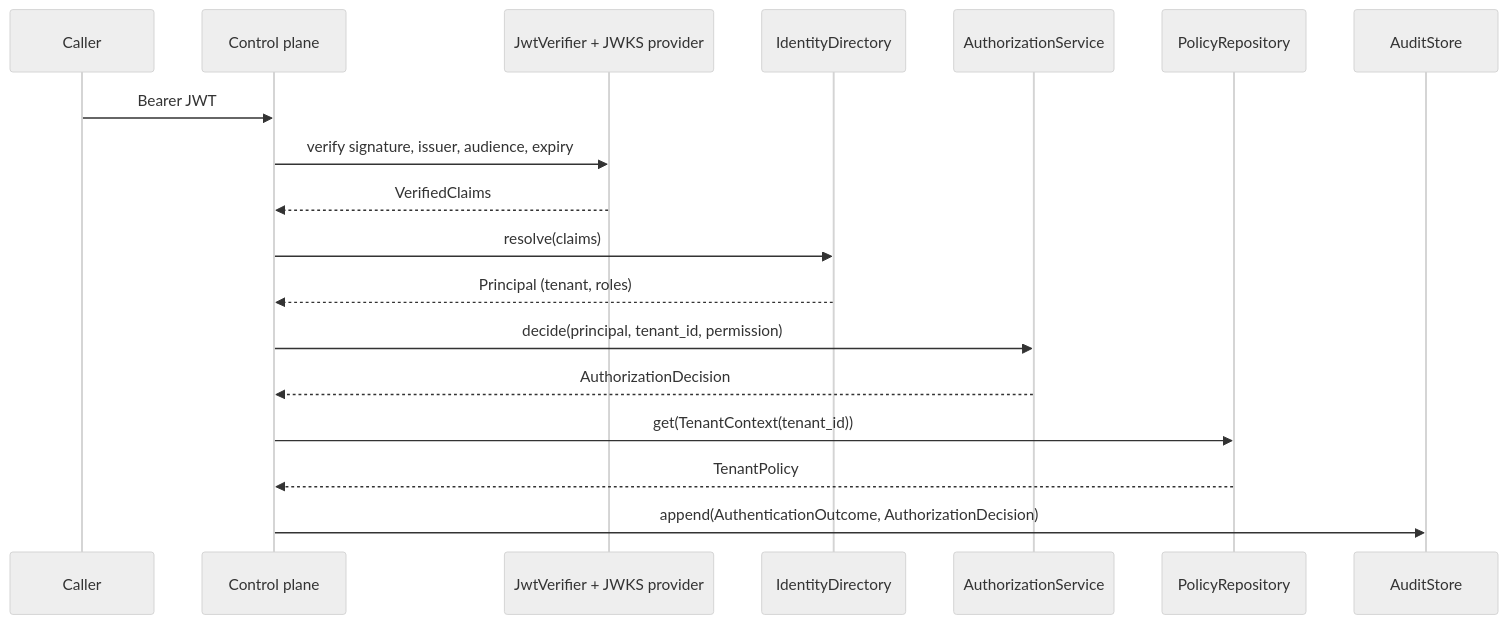
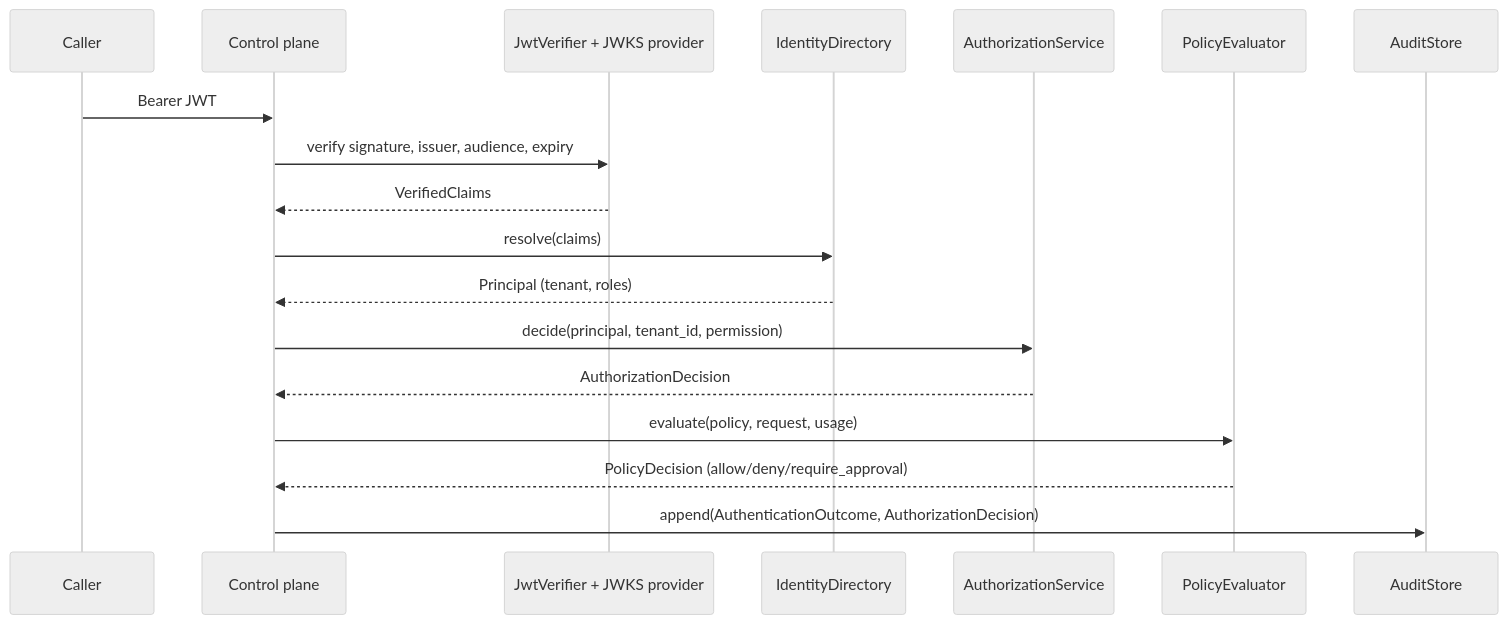
Before and after one commit to mrinmoyece/aegis-agent-platform: the third of 6 diagrams in docs/architecture.md, drawn with Mermaid (neutral theme). The commit also changed other lines of this file and 39 other files, not shown here.

````diff
--- a/docs/architecture.md
+++ b/docs/architecture.md
@@ -265,20 +69,20 @@
 ```mermaid
 sequenceDiagram
   participant C as Caller
   participant CP as Control plane
   participant J as JwtVerifier + JWKS provider
   participant D as IdentityDirectory
   participant Z as AuthorizationService
-  participant P as PolicyRepository
+  participant Q as PolicyEvaluator
   participant A as AuditStore
   C->>CP: Bearer JWT
   CP->>J: verify signature, issuer, audience, expiry
   J-->>CP: VerifiedClaims
   CP->>D: resolve(claims)
   D-->>CP: Principal (tenant, roles)
   CP->>Z: decide(principal, tenant_id, permission)
   Z-->>CP: AuthorizationDecision
-  CP->>P: get(TenantContext(tenant_id))
-  P-->>CP: TenantPolicy
+  CP->>Q: evaluate(policy, request, usage)
+  Q-->>CP: PolicyDecision (allow/deny/require_approval)
   CP->>A: append(AuthenticationOutcome, AuthorizationDecision)
 ```
````
